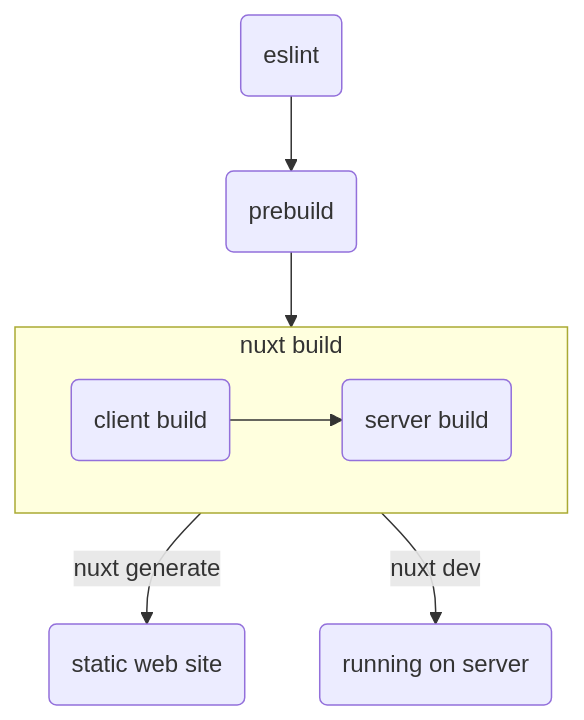
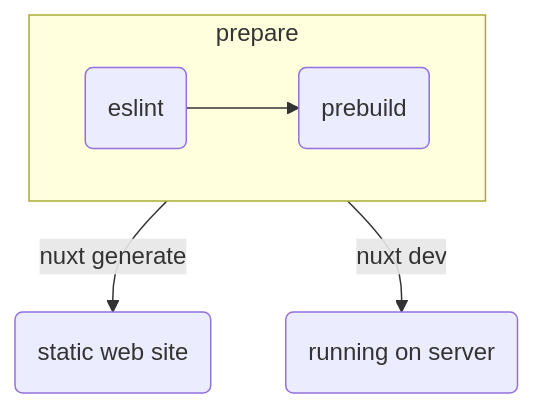
The diagram in build-and-run.md (mouseless/learn-nuxt), drawn with Mermaid before and after one commit. The commit also changed other lines of this file and 3 other files, not shown here.

````diff
--- a/build-and-run.md
+++ b/build-and-run.md
@@ -39,11 +39,9 @@
 ```mermaid
 flowchart TB
-    subgraph nuxtbuild[nuxt build]
+    subgraph prepare[prepare]
         direction LR
-        CB(client build) --> SB(server build)
+        E(eslint) --> P(prebuild)
     end
-    E(eslint) --> P(prebuild)
-    P --> nuxtbuild
-    nuxtbuild -->|nuxt generate| SWS(static web site)
-    nuxtbuild -->|nuxt dev| OS(running on server)
+    prepare -->|nuxt generate| SWS(static web site)
+    prepare -->|nuxt dev| OS(running on server)
 ```
````
